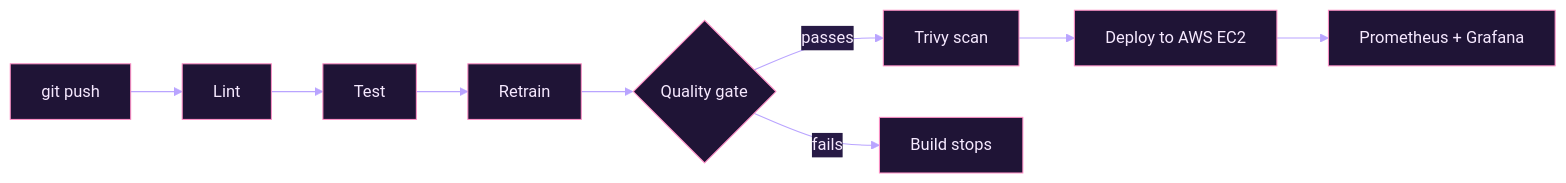
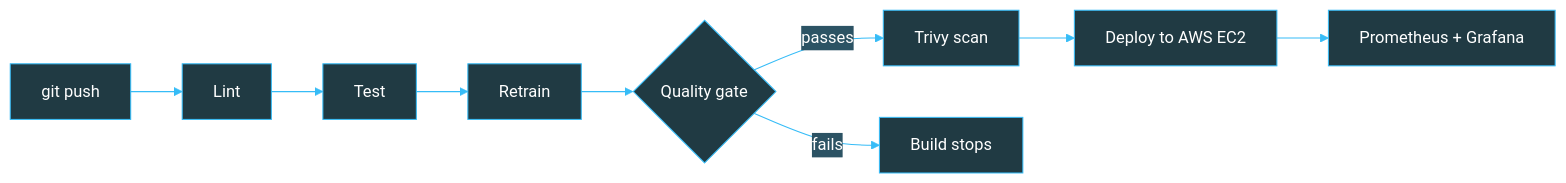
One commit to ruchitasingla/ruchitasingla changed the diagram in README.md. Above: the diagram before and after it, drawn with Mermaid. The commit also changed other lines of this file, not shown here.

````diff
--- a/README.md
+++ b/README.md
@@ -172,12 +172,12 @@
 ```mermaid
-%%{init: {"theme":"base","themeVariables":{"primaryColor":"#1F1436","primaryBorderColor":"#FF8FC7","primaryTextColor":"#F6E9FF","lineColor":"#B9A4FF","secondaryColor":"#271A45","tertiaryColor":"#150D26"}}}%%
+%%{init: {"theme":"base","themeVariables":{"primaryColor":"#203A43","primaryBorderColor":"#36BCF7","primaryTextColor":"#FFFFFF","lineColor":"#36BCF7","secondaryColor":"#2C5364","tertiaryColor":"#0F2027"}}}%%
 flowchart LR
     A[git push] --> B[Lint]
     B --> C[Test]
     C --> D[Retrain]
     D --> E{Quality gate}
     E -->|passes| F[Trivy scan]
     F --> G[Deploy to AWS EC2]
     G --> H[Prometheus + Grafana]
     E -->|fails| X[Build stops]
 ```
````
